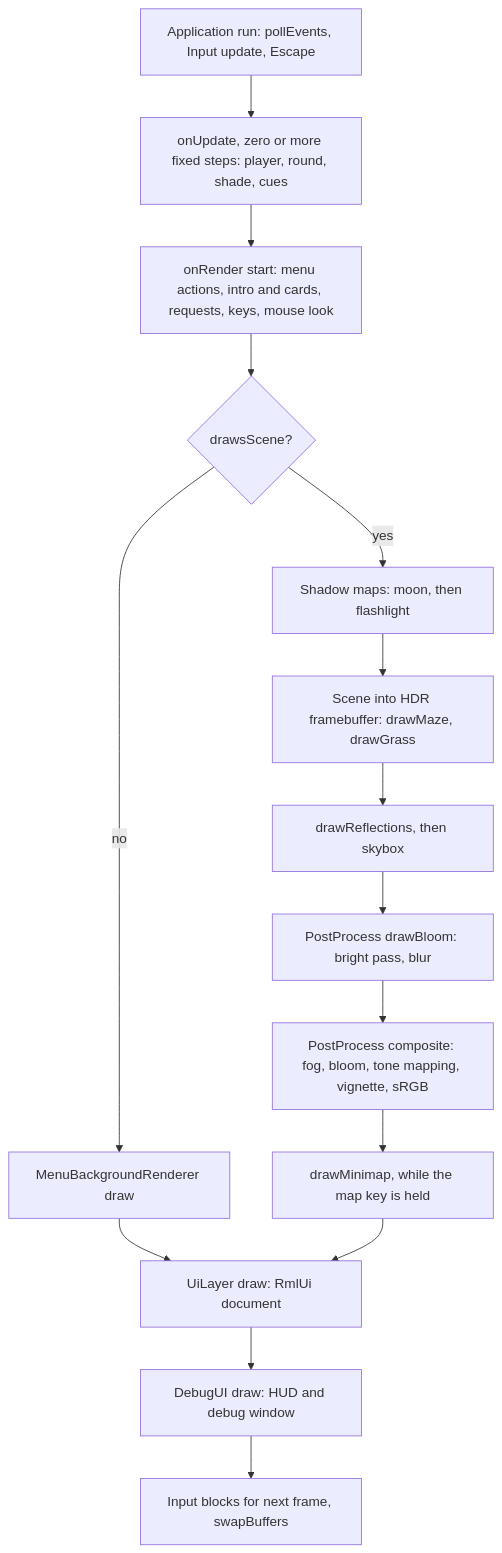
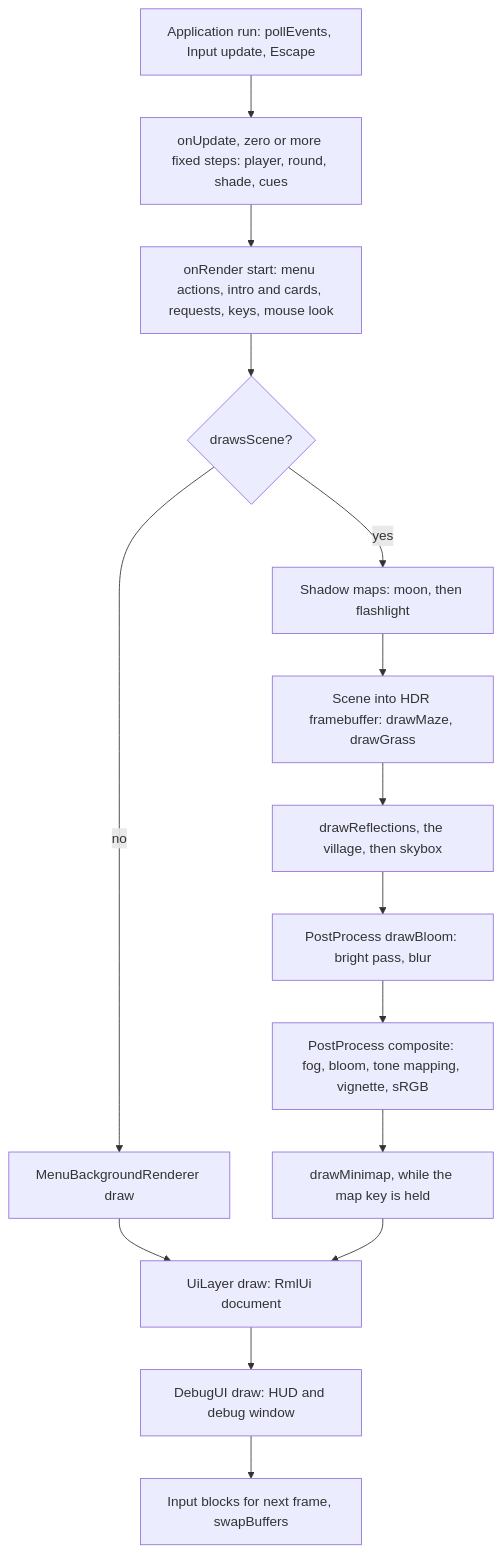
One commit to Shironex/night-maze changed the second of 2 diagrams in docs/architecture.md. Above: the diagram before and after it, drawn with Mermaid. The commit also changed other lines of this file and 4 other files, not shown here.

````diff
--- a/docs/architecture.md
+++ b/docs/architecture.md
@@ -124,22 +124,22 @@
 ```mermaid
 flowchart TD
     poll["Application run: pollEvents, Input update, Escape"]
     update["onUpdate, zero or more fixed steps: player, round, shade, cues"]
     events["onRender start: menu actions, intro and cards, requests, keys, mouse look"]
     check{"drawsScene?"}
     background["MenuBackgroundRenderer draw"]
     shadows["Shadow maps: moon, then flashlight"]
     scene["Scene into HDR framebuffer: drawMaze, drawGrass"]
-    reflect["drawReflections, then skybox"]
+    reflect["drawReflections, the village, then skybox"]
     bloom["PostProcess drawBloom: bright pass, blur"]
     composite["PostProcess composite: fog, bloom, tone mapping, vignette, sRGB"]
     map["drawMinimap, while the map key is held"]
     rml["UiLayer draw: RmlUi document"]
     imgui["DebugUI draw: HUD and debug window"]
     swap["Input blocks for next frame, swapBuffers"]
 
     poll --> update --> events --> check
     check -->|no| background --> rml
     check -->|yes| shadows --> scene --> reflect --> bloom --> composite --> map --> rml
     rml --> imgui --> swap
 ```
````
